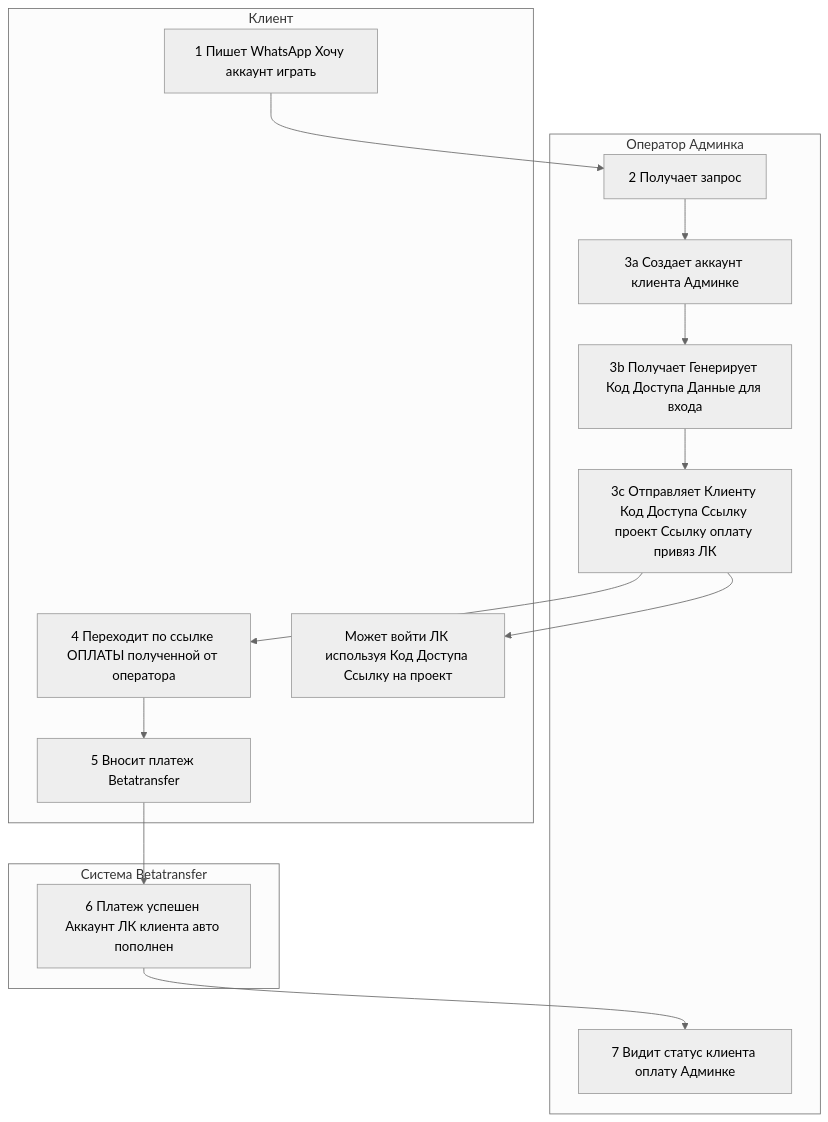
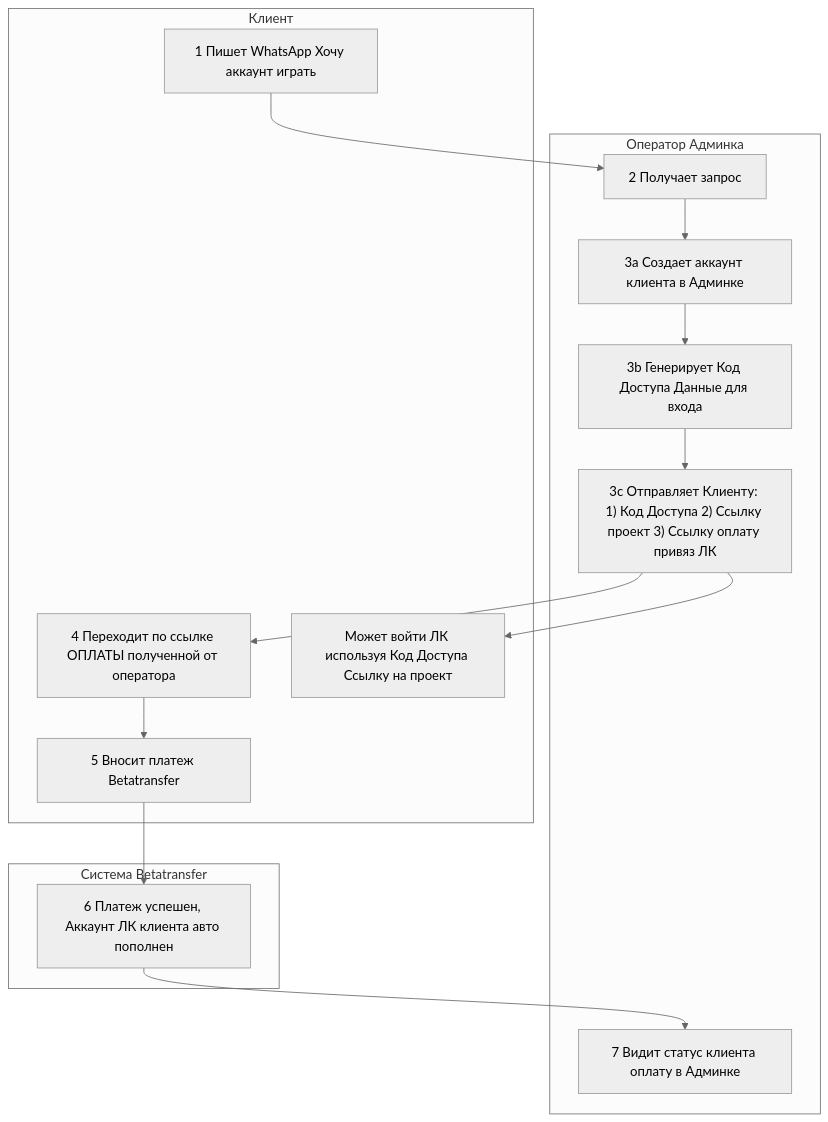
One commit to serheg/obirix.com changed the diagram in champion.md. Above: the diagram before and after it, drawn with Mermaid (neutral theme).

````diff
--- a/champion.md
+++ b/champion.md
@@ -1,33 +1,33 @@
 ```mermaid
  graph TD
     subgraph "Клиент"
         %% Узлы Клиента
         A["1 Пишет WhatsApp Хочу аккаунт играть"]
         F["4 Переходит по ссылке ОПЛАТЫ полученной от оператора"]
         G["5 Вносит платеж Betatransfer"]
         I["Может войти ЛК используя Код Доступа Ссылку на проект"]
     end
     subgraph "Оператор Админка"
          %% Узлы Оператора
         B["2 Получает запрос"]
-        C["3a Создает аккаунт клиента Админке"]
-        D["3b Получает Генерирует Код Доступа Данные для входа"]
-        E["3c Отправляет Клиенту Код Доступа Ссылку проект Ссылку оплату привяз ЛК"]
-        K["7 Видит статус клиента оплату Админке"]
+        C["3a Создает аккаунт клиента в Админке"]
+        D["3b Генерирует Код Доступа Данные для входа"]
+        E["3c Отправляет Клиенту: 1) Код Доступа 2) Ссылку проект 3) Ссылку оплату привяз ЛК"]
+        K["7 Видит статус клиента оплату в Админке"]
     end
     subgraph "Система Betatransfer"
          %% Узлы Системы
-         H["6 Платеж успешен Аккаунт ЛК клиента авто пополнен"]
+         H["6 Платеж успешен, Аккаунт ЛК клиента авто пополнен"]
     end
 
     %% Связи
     A --> B;
     B --> C;
     C --> D;
     D --> E;
     E --> F;
     F --> G;
     G --> H;
     H --> K;
     E --> I;
 ```
````
